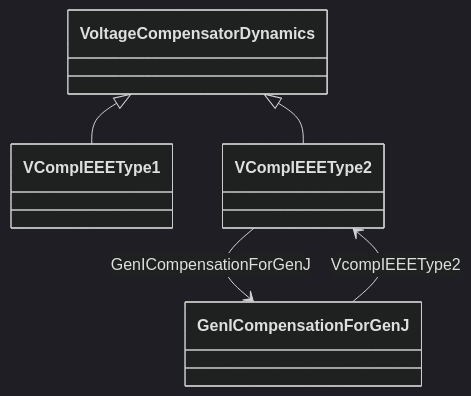
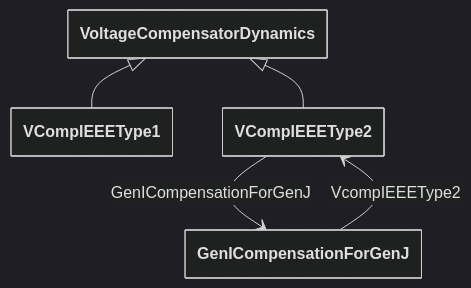
Before and after one commit to cim-cgmes/cim-cgmes.github.io: the diagram in pages/docs/Profiles/Package_VoltageCompensatorDynamics.md, drawn with Mermaid (dark theme). The commit also changed 561 other files, not shown here.

````diff
--- a/pages/docs/Profiles/Package_VoltageCompensatorDynamics.md
+++ b/pages/docs/Profiles/Package_VoltageCompensatorDynamics.md
@@ -5,7 +5,12 @@
 ```mermaid
+---
+  config:
+    class:
+      hideEmptyMembersBox: true
+---
 classDiagram
     VoltageCompensatorDynamics <|-- VCompIEEEType1
+    GenICompensationForGenJ --> VCompIEEEType2 : VcompIEEEType2
     VoltageCompensatorDynamics <|-- VCompIEEEType2
     VCompIEEEType2 --> GenICompensationForGenJ : GenICompensationForGenJ
-    GenICompensationForGenJ --> VCompIEEEType2 : VcompIEEEType2
 ```
````
